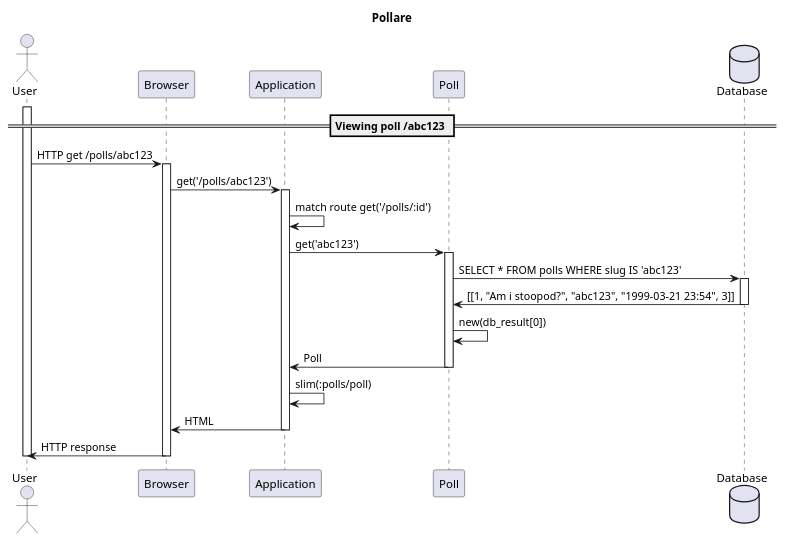
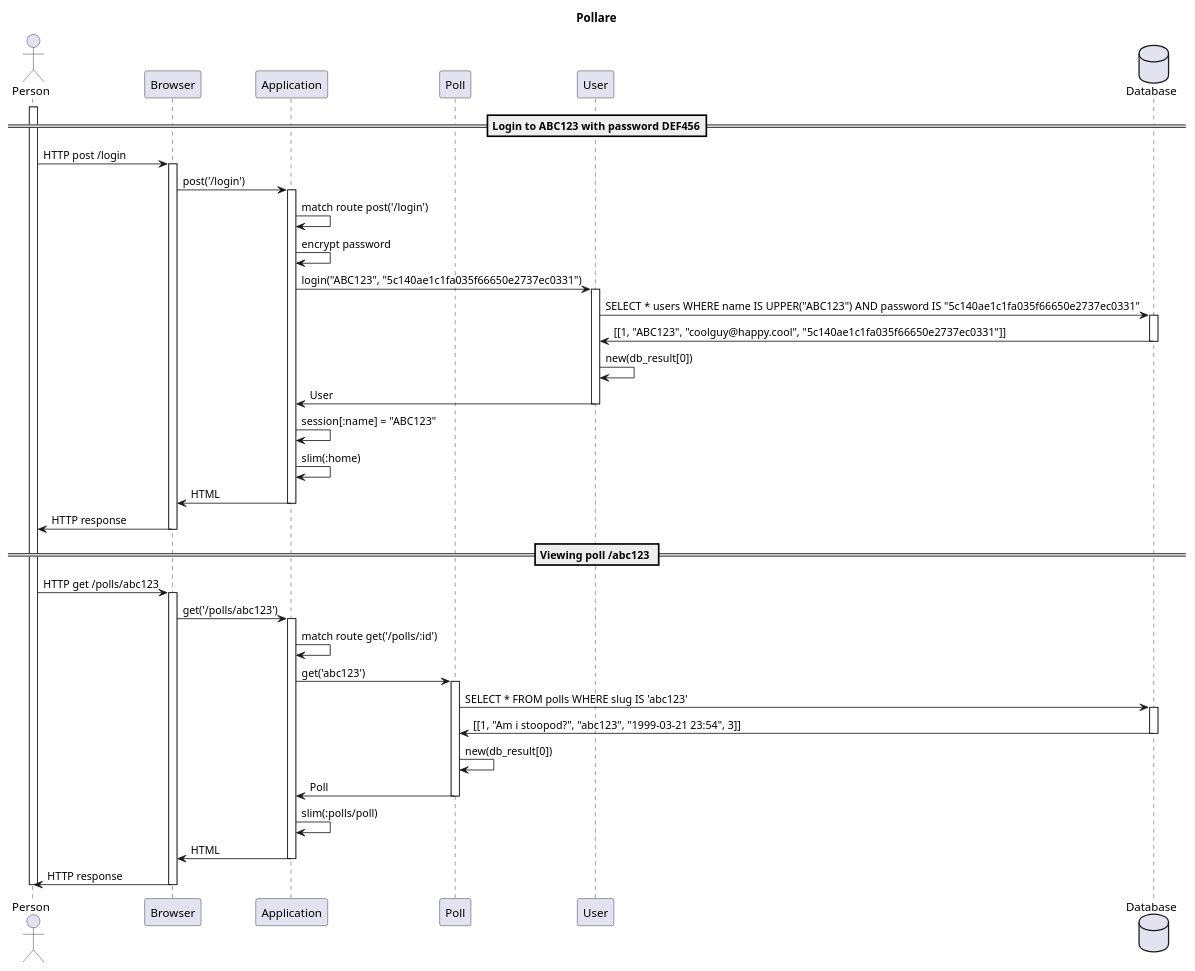
One commit to itggot-petter-blomkvist/webbserverprojekt changed the diagram in diagrams/sequence_diagram.puml. Above: the diagram before and after it, drawn with PlantUML.

Commit message:
Added login sequence

```diff
--- a/diagrams/sequence_diagram.puml
+++ b/diagrams/sequence_diagram.puml
@@ -1,33 +1,57 @@
 @startuml
 title Pollare
 skinparam shadowing false
 
-actor User
+actor Person
 participant Browser
 participant Application
 participant Poll
+participant User
 database Database
 
+== Login to ABC123 with password DEF456==
+activate Person
+Person -> Browser: HTTP post /login
+activate Browser
+Browser -> Application: post('/login')
+activate Application
+Application -> Application: match route post('/login')
+Application -> Application: encrypt password
+Application -> User: login("ABC123", "5c140ae1c1fa035f66650e2737ec0331")
+activate User
+User -> Database: SELECT * users WHERE name IS UPPER("ABC123") AND password IS "5c140ae1c1fa035f66650e2737ec0331" 
+activate Database
+Database -> User: ~[[1, "ABC123", "coolguy@happy.cool", "5c140ae1c1fa035f66650e2737ec0331"]]
+deactivate Database
+User -> User: new(db_result[0])
+User -> Application: User
+deactivate User
+Application -> Application: session[:name] = "ABC123"
+Application -> Application: slim(:home)
+Application -> Browser: HTML
+deactivate Application
+Browser -> Person: HTTP response
+deactivate Browser
+
 == Viewing poll /abc123 ==
-activate User
-User -> Browser: HTTP get /polls/abc123
+Person -> Browser: HTTP get /polls/abc123
 activate Browser
 Browser -> Application: get('/polls/abc123')
 activate Application
 Application -> Application: match route get('/polls/:id')
 Application -> Poll: get('abc123')
 activate Poll
 Poll -> Database: SELECT * FROM polls WHERE slug IS 'abc123'
 activate Database
 Database -> Poll: ~[[1, "Am i stoopod?", "abc123", "1999-03-21 23:54", 3]]
 deactivate Database
 Poll -> Poll: new(db_result[0])
 Poll -> Application: Poll
 deactivate Poll
 Application -> Application: slim(:polls/poll)
 Application -> Browser: HTML
 deactivate Application
-Browser -> User: HTTP response
+Browser -> Person: HTTP response
 deactivate Browser
-deactivate User
+deactivate Person
 @enduml
```
